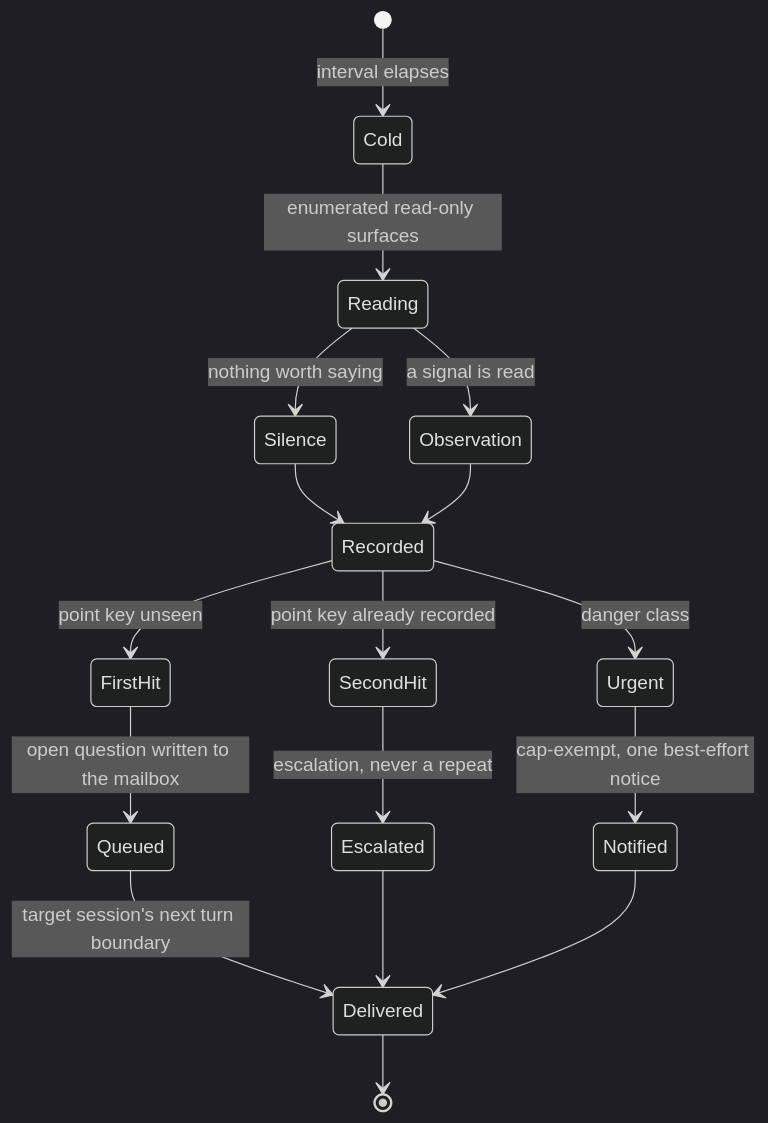
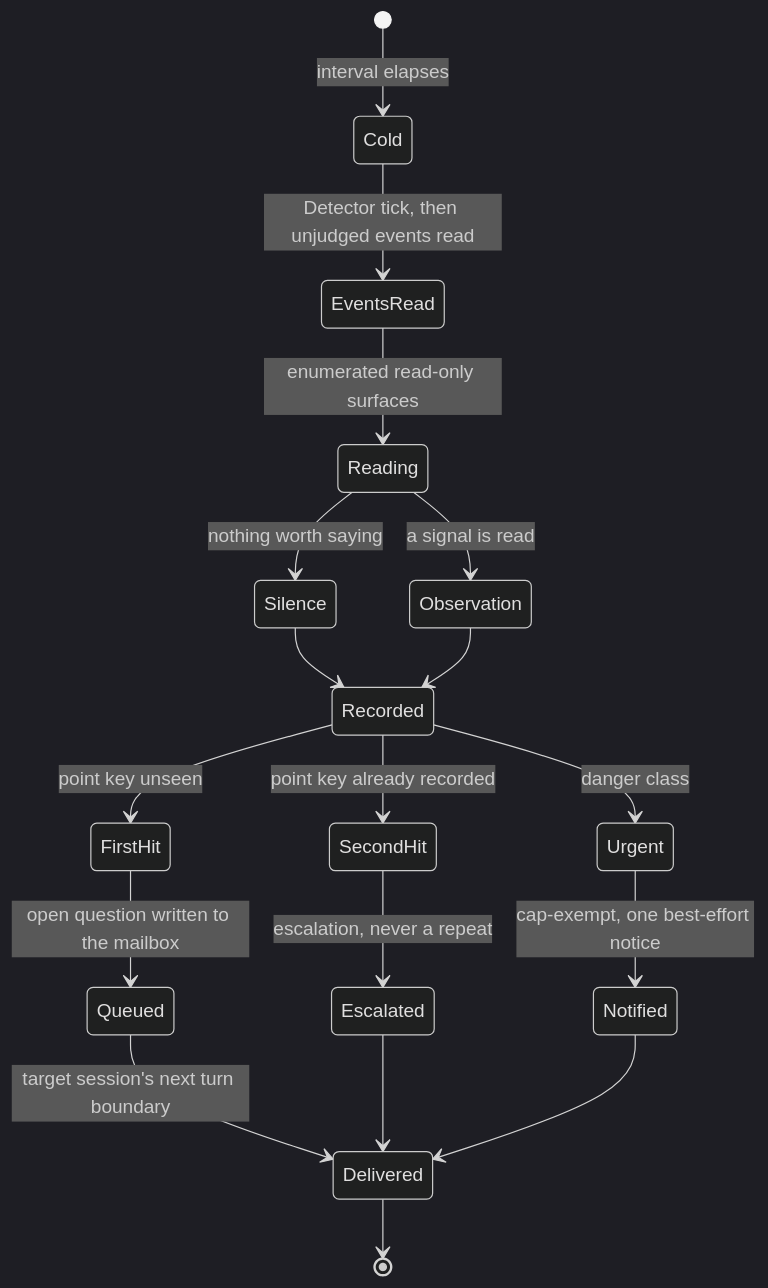
One commit to thanhsmind/beehive changed the diagram in docs/knowledge/areas/bee-herding/the-supervisor-observer-and-its-interventions.md. Above: the diagram before and after it, drawn with Mermaid (dark theme). The commit also changed other lines of this file and 14 other files, not shown here.

````diff
--- a/docs/knowledge/areas/bee-herding/the-supervisor-observer-and-its-interventions.md
+++ b/docs/knowledge/areas/bee-herding/the-supervisor-observer-and-its-interventions.md
@@ -162,19 +219,20 @@
 ```mermaid
 stateDiagram-v2
     [*] --> Cold: interval elapses
-    Cold --> Reading: enumerated read-only surfaces
+    Cold --> EventsRead: Detector tick, then unjudged events read
+    EventsRead --> Reading: enumerated read-only surfaces
     Reading --> Silence: nothing worth saying
     Reading --> Observation: a signal is read
     Silence --> Recorded
     Observation --> Recorded
     Recorded --> FirstHit: point key unseen
     Recorded --> SecondHit: point key already recorded
     Recorded --> Urgent: danger class
     FirstHit --> Queued: open question written to the mailbox
     SecondHit --> Escalated: escalation, never a repeat
     Urgent --> Notified: cap-exempt, one best-effort notice
     Queued --> Delivered: target session's next turn boundary
     Escalated --> Delivered
     Notified --> Delivered
     Delivered --> [*]
 ```
````
